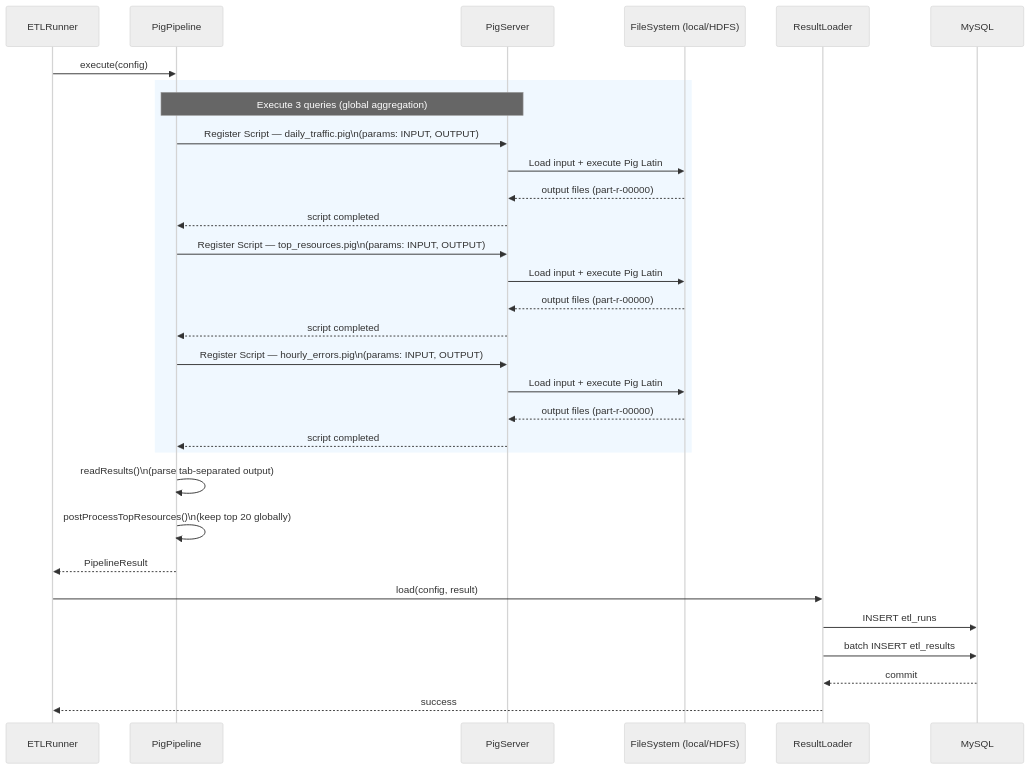
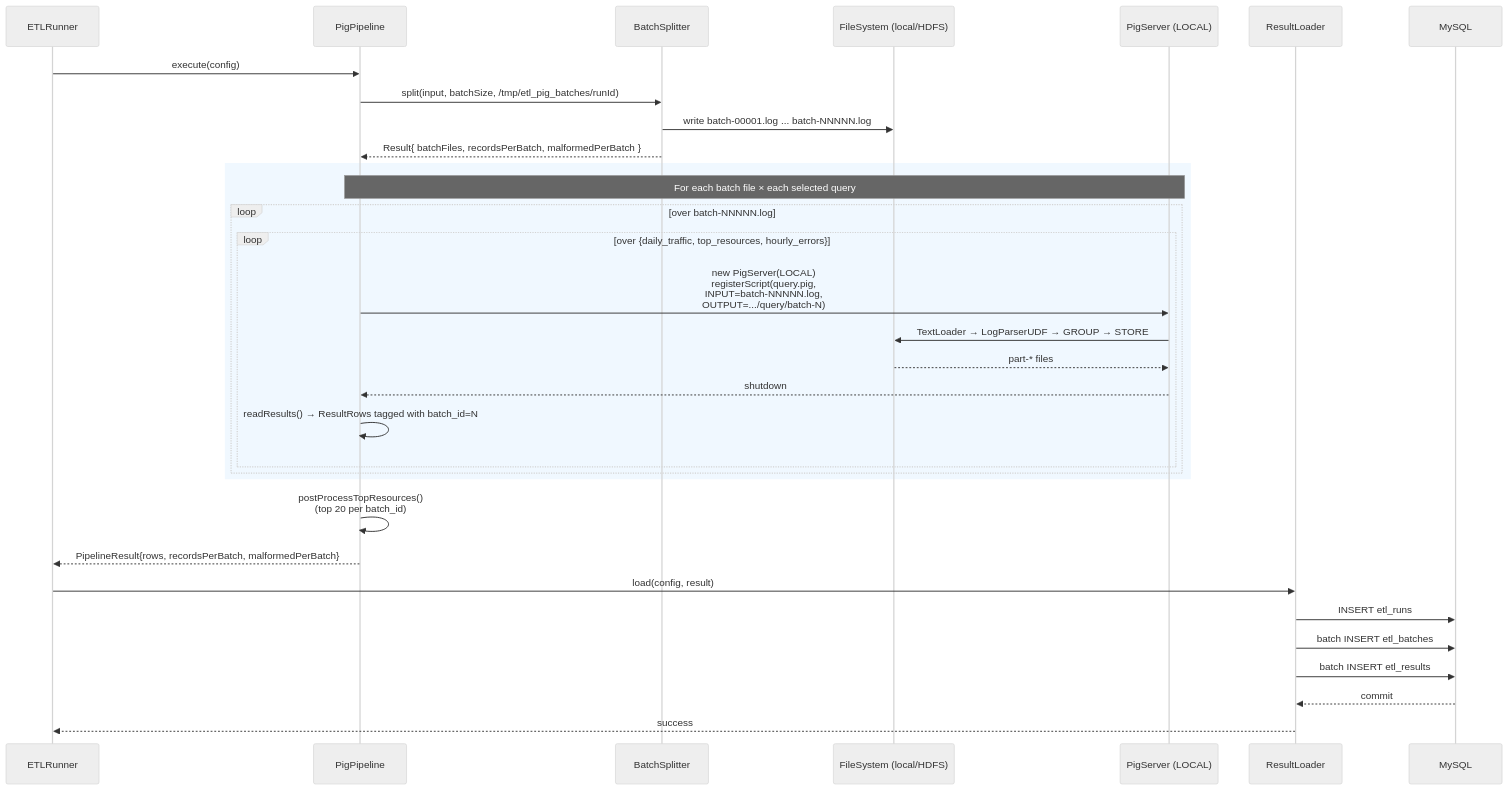
The fourth of 7 diagrams in Project/etl-framework/README.md (Rohitangshu2026/NoSQL), drawn with Mermaid (neutral theme) before and after one commit. The commit also changed other lines of this file, not shown here.

````diff
--- a/Project/etl-framework/README.md
+++ b/Project/etl-framework/README.md
@@ -232,45 +276,42 @@
 ```mermaid
 sequenceDiagram
 
 participant Runner as ETLRunner
 participant Pig as PigPipeline
-participant PS as PigServer
+participant BS as BatchSplitter
 participant FS as FileSystem (local/HDFS)
+participant PS as PigServer (LOCAL)
 participant Loader as ResultLoader
 participant DB as MySQL
 
 Runner->>Pig: execute(config)
 
+Pig->>BS: split(input, batchSize, /tmp/etl_pig_batches/runId)
+BS->>FS: write batch-00001.log ... batch-NNNNN.log
+BS-->>Pig: Result{ batchFiles, recordsPerBatch, malformedPerBatch }
+
 rect rgb(240, 248, 255)
-Note over Pig,PS: Execute 3 queries (global aggregation)
+Note over Pig,PS: For each batch file × each selected query
 
-Pig->>PS: Register Script — daily_traffic.pig\n(params: INPUT, OUTPUT)
-PS->>FS: Load input + execute Pig Latin
-FS-->>PS: output files (part-r-00000)
-PS-->>Pig: script completed
-
-Pig->>PS: Register Script — top_resources.pig\n(params: INPUT, OUTPUT)
-PS->>FS: Load input + execute Pig Latin
-FS-->>PS: output files (part-r-00000)
-PS-->>Pig: script completed
-
-Pig->>PS: Register Script — hourly_errors.pig\n(params: INPUT, OUTPUT)
-PS->>FS: Load input + execute Pig Latin
-FS-->>PS: output files (part-r-00000)
-PS-->>Pig: script completed
+loop over batch-NNNNN.log
+    loop over {daily_traffic, top_resources, hourly_errors}
+        Pig->>PS: new PigServer(LOCAL)<br/>registerScript(query.pig,<br/>INPUT=batch-NNNNN.log,<br/>OUTPUT=.../query/batch-N)
+        PS->>FS: TextLoader → LogParserUDF → GROUP → STORE
+        FS-->>PS: part-* files
+        PS-->>Pig: shutdown
+        Pig->>Pig: readResults() → ResultRows tagged with batch_id=N
+    end
+end
 end
 
-Pig->>Pig: readResults()\n(parse tab-separated output)
+Pig->>Pig: postProcessTopResources()<br/>(top 20 per batch_id)
 
-Pig->>Pig: postProcessTopResources()\n(keep top 20 globally)
-
-Pig-->>Runner: PipelineResult
+Pig-->>Runner: PipelineResult{rows, recordsPerBatch, malformedPerBatch}
 
 Runner->>Loader: load(config, result)
-
 Loader->>DB: INSERT etl_runs
+Loader->>DB: batch INSERT etl_batches
 Loader->>DB: batch INSERT etl_results
-
 DB-->>Loader: commit
 Loader-->>Runner: success
 ```
````
